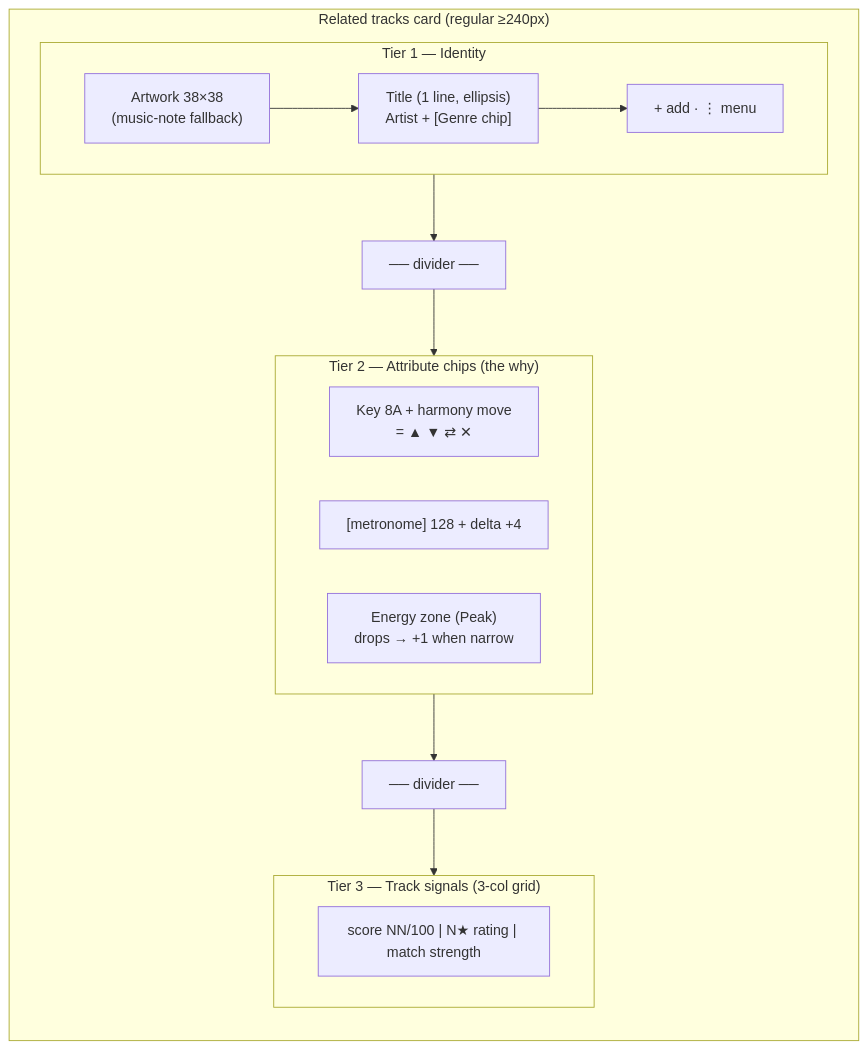
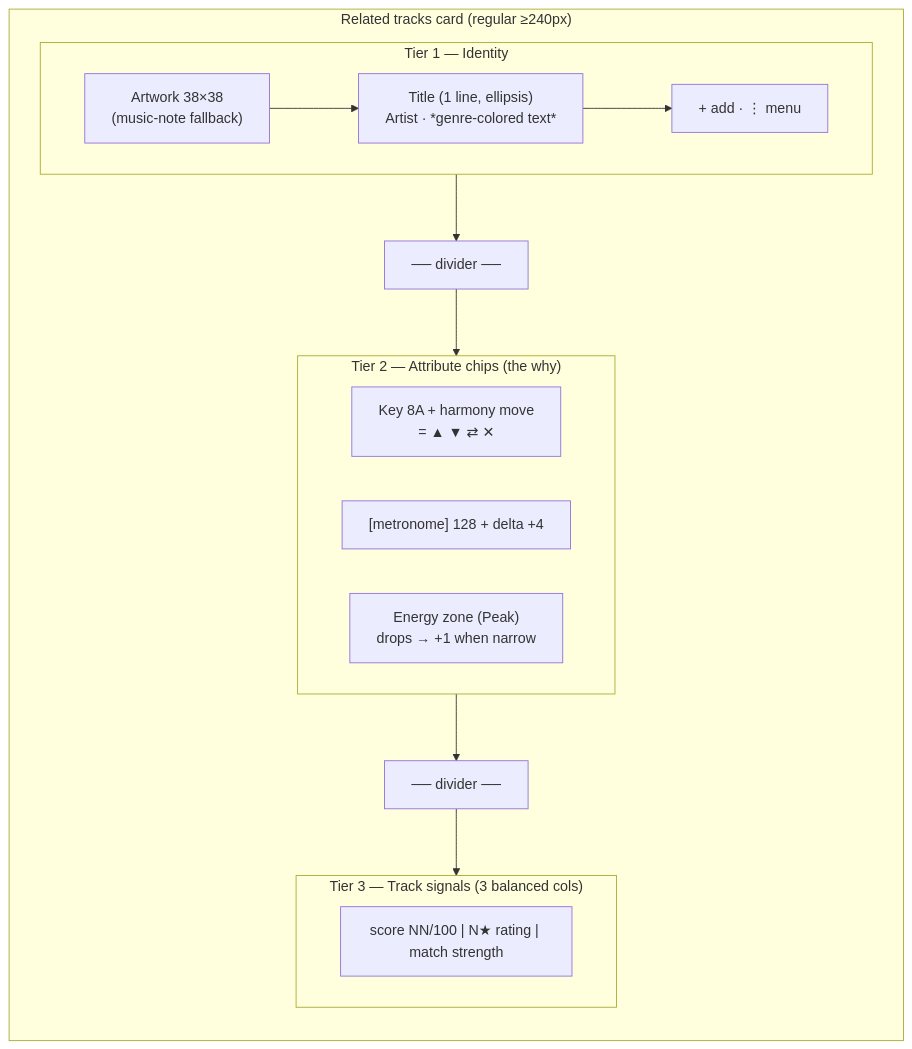
One commit to riveign/waveform-builer changed the diagram in frontend/docs/design-system/related-tracks-card.md. Above: the diagram before and after it, drawn with Mermaid. The commit also changed other lines of this file and 2 other files, not shown here.

Commit message:
spec(023): STYLE - genre as colored text, 3-col signals, simpler compact card

````diff
--- a/frontend/docs/design-system/related-tracks-card.md
+++ b/frontend/docs/design-system/related-tracks-card.md
@@ -25,26 +25,26 @@
 ```mermaid
 flowchart TB
     subgraph Card["Related tracks card (regular ≥240px)"]
         direction TB
         subgraph T1["Tier 1 — Identity"]
             direction LR
             ART["Artwork 38×38<br/>(music-note fallback)"]
-            TXT["Title (1 line, ellipsis)<br/>Artist + [Genre chip]"]
+            TXT["Title (1 line, ellipsis)<br/>Artist · *genre-colored text*"]
             ACT["+ add · ⋮ menu"]
             ART --> TXT --> ACT
         end
         D1["── divider ──"]
         subgraph T2["Tier 2 — Attribute chips (the why)"]
             direction LR
             KEY["Key 8A + harmony move<br/>= ▲ ▼ ⇄ ✕"]
             BPM["[metronome] 128 + delta +4"]
             EN["Energy zone (Peak)<br/>drops → +1 when narrow"]
         end
         D2["── divider ──"]
-        subgraph T3["Tier 3 — Track signals (3-col grid)"]
+        subgraph T3["Tier 3 — Track signals (3 balanced cols)"]
             direction LR
             SIG["score NN/100 | N★ rating | match strength"]
         end
         T1 --> D1 --> T2 --> D2 --> T3
     end
 ```
````
